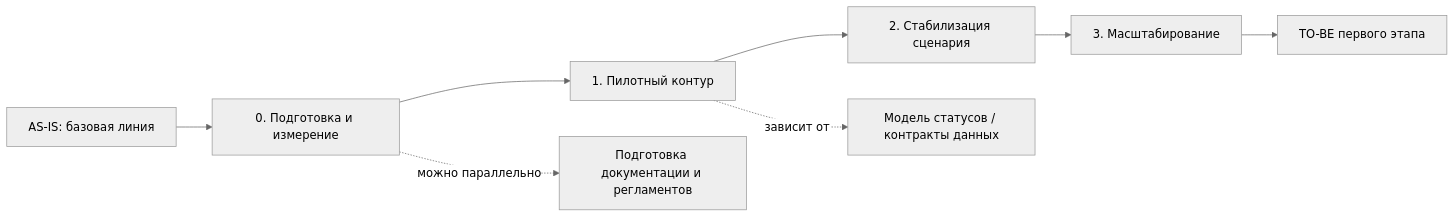
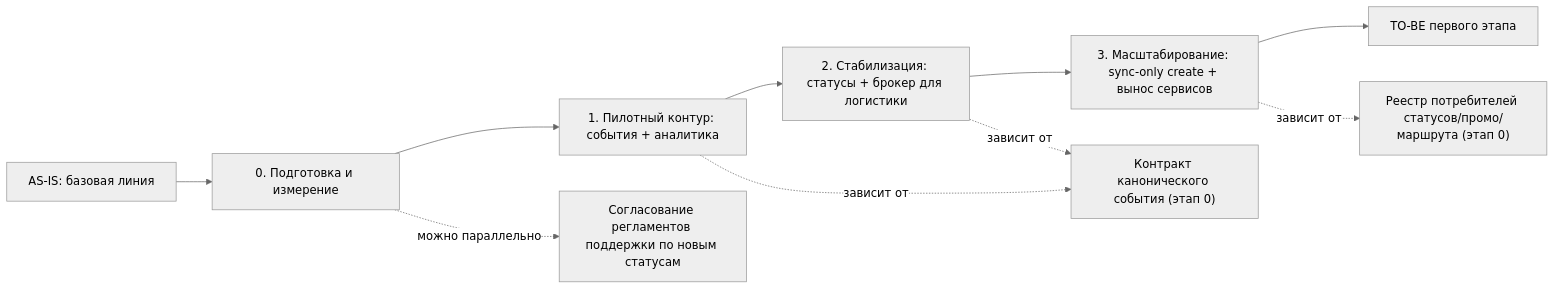
Before and after one commit to wan3s/Solution-RetailCore: the diagram in task4/migration-roadmap.md, drawn with Mermaid (neutral theme). The commit also changed other lines of this file and 1 other file, not shown here.

````diff
--- a/task4/migration-roadmap.md
+++ b/task4/migration-roadmap.md
@@ -79,11 +114,13 @@
 ```mermaid
 flowchart LR
     A["AS-IS: базовая линия"] --> B["0. Подготовка и измерение"]
-    B --> C["1. Пилотный контур"]
-    C --> D["2. Стабилизация сценария"]
-    D --> E["3. Масштабирование"]
+    B --> C["1. Пилотный контур: события + аналитика"]
+    C --> D["2. Стабилизация: статусы + брокер для логистики"]
+    D --> E["3. Масштабирование: sync-only create + вынос сервисов"]
     E --> F["TO-BE первого этапа"]
 
-    B -. "можно параллельно" .-> G["Подготовка документации и регламентов"]
-    C -. "зависит от" .-> H["Модель статусов / контракты данных"]
+    B -. "можно параллельно" .-> G["Согласование регламентов поддержки по новым статусам"]
+    C -. "зависит от" .-> H["Контракт канонического события (этап 0)"]
+    D -. "зависит от" .-> H
+    E -. "зависит от" .-> I["Реестр потребителей статусов/промо/маршрута (этап 0)"]
 ```
````
